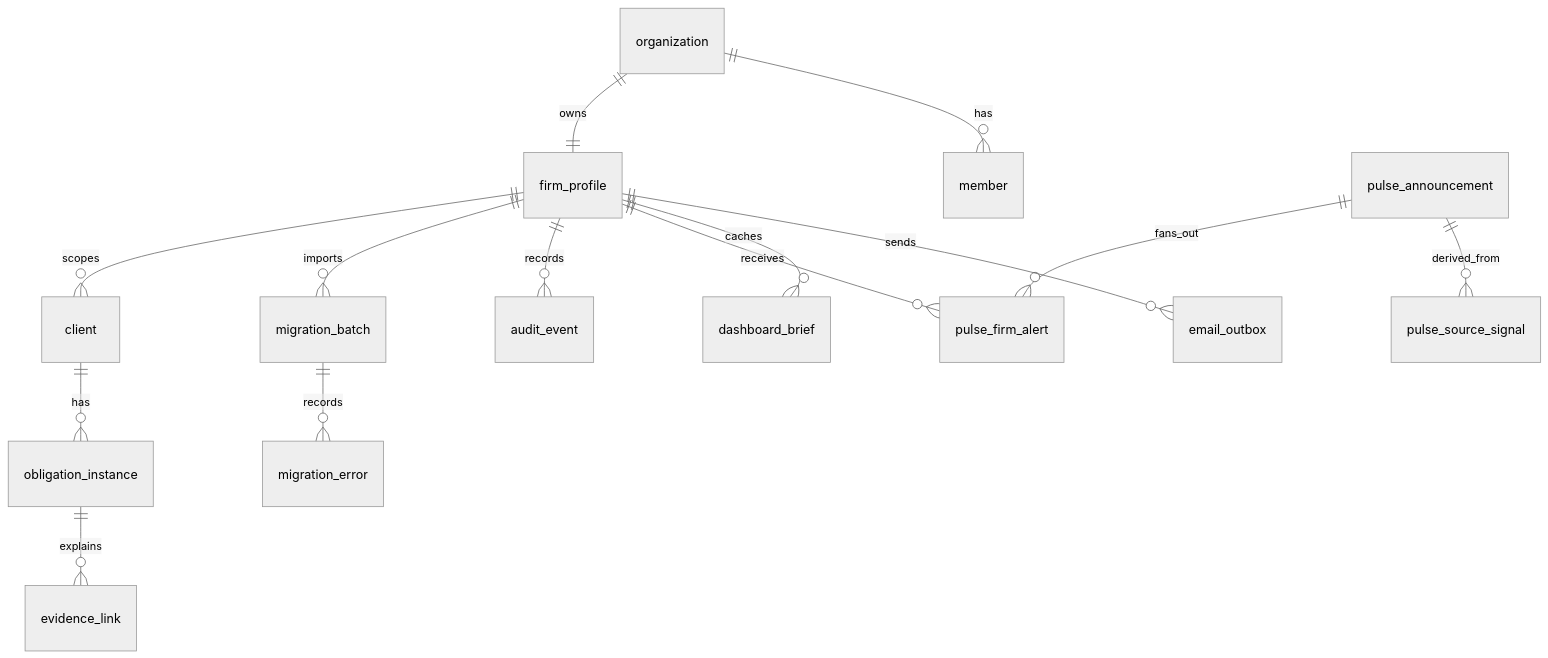
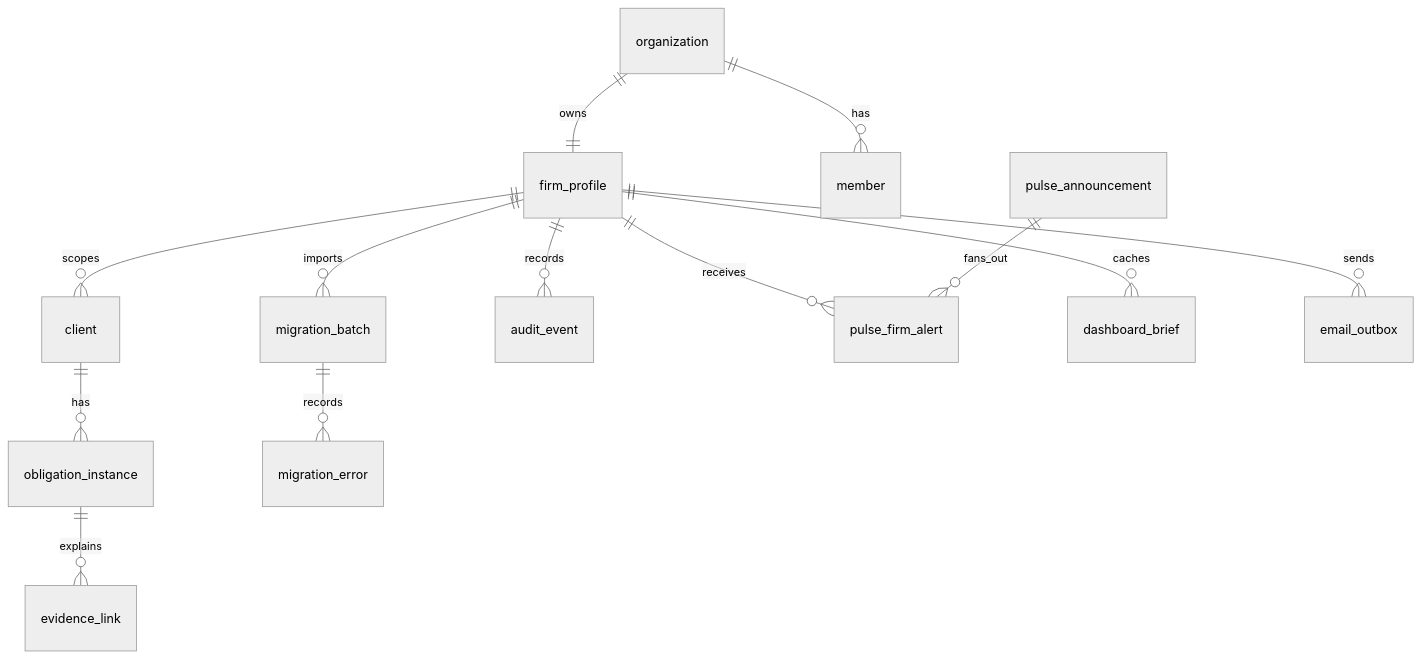
The fifth of 5 diagrams in docs/project-modules/00-overview.md (langgenius/due-date-hq-jwl), drawn with Mermaid (neutral theme) before and after one commit. The commit also changed 71 other files, not shown here.

Commit message:
feat: route pulse source changes to alerts

````diff
--- a/docs/project-modules/00-overview.md
+++ b/docs/project-modules/00-overview.md
@@ -212,16 +212,15 @@
 ```mermaid
 erDiagram
   organization ||--|| firm_profile : owns
   organization ||--o{ member : has
   firm_profile ||--o{ client : scopes
   client ||--o{ obligation_instance : has
   firm_profile ||--o{ migration_batch : imports
   migration_batch ||--o{ migration_error : records
   obligation_instance ||--o{ evidence_link : explains
   firm_profile ||--o{ audit_event : records
   firm_profile ||--o{ pulse_firm_alert : receives
   pulse_announcement ||--o{ pulse_firm_alert : fans_out
-  pulse_announcement ||--o{ pulse_source_signal : derived_from
   firm_profile ||--o{ dashboard_brief : caches
   firm_profile ||--o{ email_outbox : sends
 ```
````
